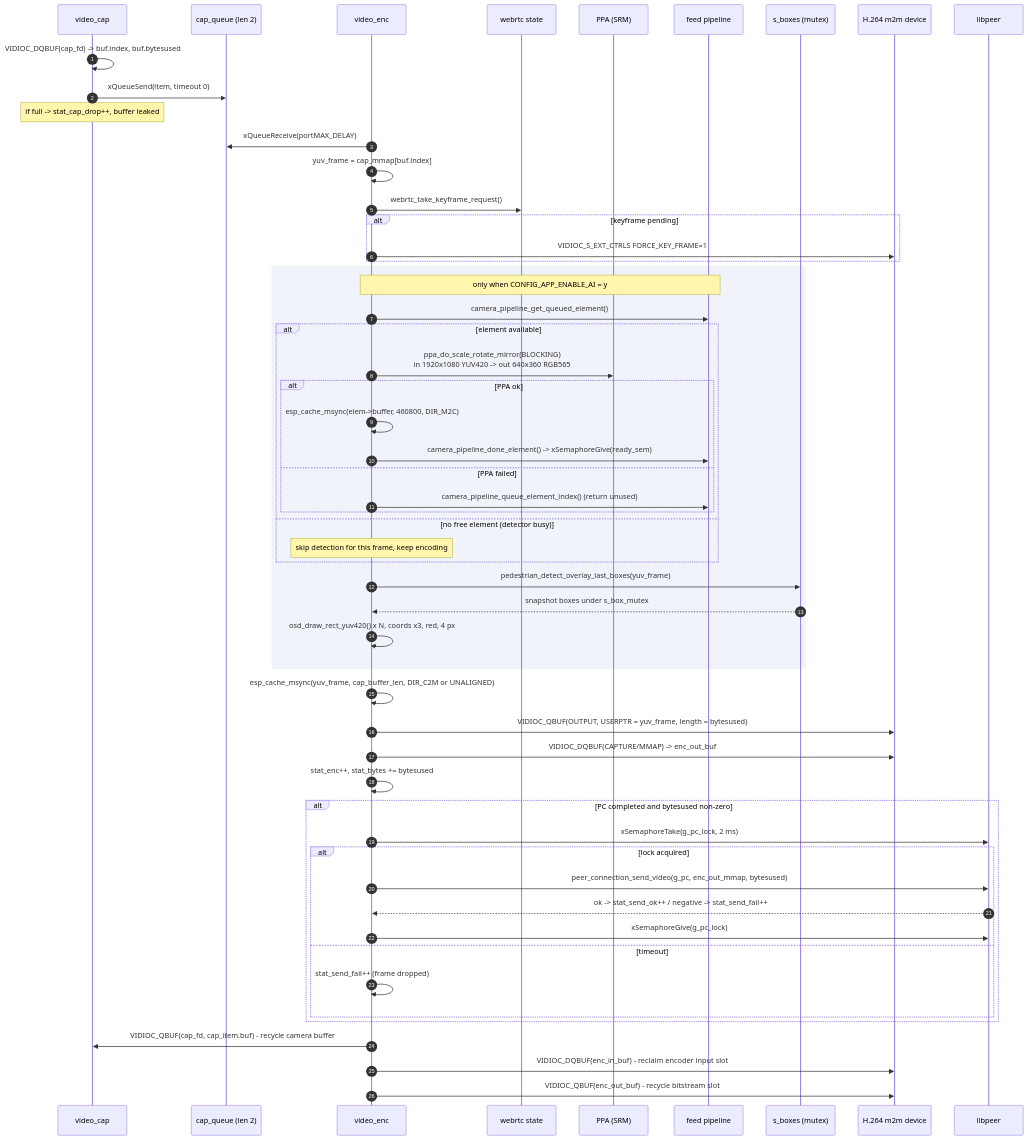
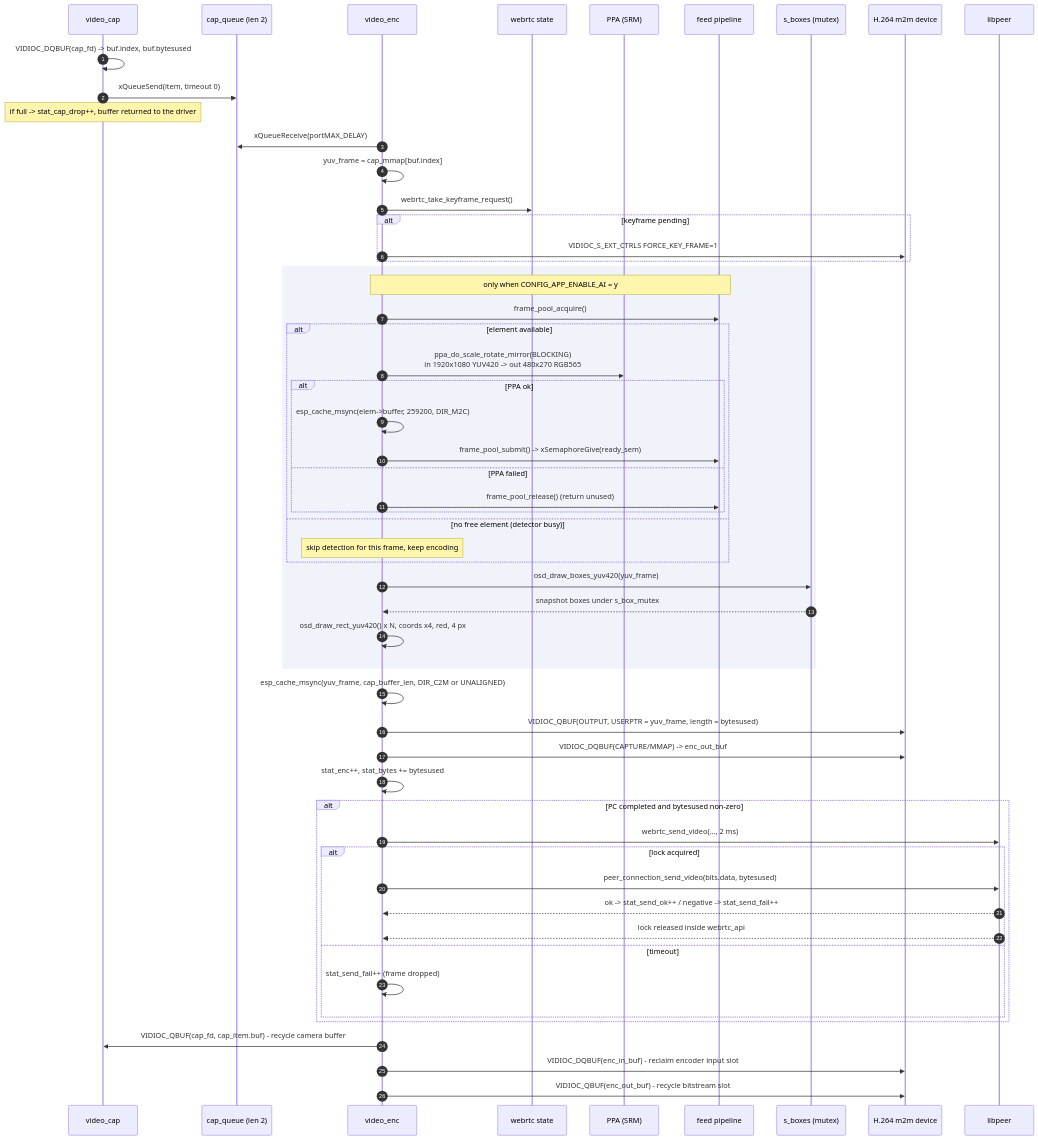
The second of 7 diagrams in DATAFLOW.md (thanhbinh89/esp32-ipc), drawn with Mermaid before and after one commit. The commit also changed other lines of this file and 45 other files, not shown here.

````diff
--- a/DATAFLOW.md
+++ b/DATAFLOW.md
@@ -71,66 +71,66 @@
 ```mermaid
 sequenceDiagram
     autonumber
     participant CAP as video_cap
     participant Q as cap_queue (len 2)
     participant ENC as video_enc
     participant WT as webrtc state
     participant PPA as PPA (SRM)
     participant FP as feed pipeline
     participant BSTORE as s_boxes (mutex)
     participant HW as H.264 m2m device
     participant LP as libpeer
 
     CAP->>CAP: VIDIOC_DQBUF(cap_fd) -> buf.index, buf.bytesused
     CAP->>Q: xQueueSend(item, timeout 0)
-    Note over CAP: if full -> stat_cap_drop++, buffer leaked
+    Note over CAP: if full -> stat_cap_drop++, buffer returned to the driver
 
     ENC->>Q: xQueueReceive(portMAX_DELAY)
     ENC->>ENC: yuv_frame = cap_mmap[buf.index]
 
     ENC->>WT: webrtc_take_keyframe_request()
     alt keyframe pending
         ENC->>HW: VIDIOC_S_EXT_CTRLS FORCE_KEY_FRAME=1
     end
 
     rect rgb(240,244,250)
         Note over ENC,FP: only when CONFIG_APP_ENABLE_AI = y
-        ENC->>FP: camera_pipeline_get_queued_element()
+        ENC->>FP: frame_pool_acquire()
         alt element available
-            ENC->>PPA: ppa_do_scale_rotate_mirror(BLOCKING)<br/>in 1920x1080 YUV420 -> out 640x360 RGB565
+            ENC->>PPA: ppa_do_scale_rotate_mirror(BLOCKING)<br/>in 1920x1080 YUV420 -> out 480x270 RGB565
             alt PPA ok
-                ENC->>ENC: esp_cache_msync(elem->buffer, 460800, DIR_M2C)
-                ENC->>FP: camera_pipeline_done_element() -> xSemaphoreGive(ready_sem)
+                ENC->>ENC: esp_cache_msync(elem->buffer, 259200, DIR_M2C)
+                ENC->>FP: frame_pool_submit() -> xSemaphoreGive(ready_sem)
             else PPA failed
-                ENC->>FP: camera_pipeline_queue_element_index() (return unused)
+                ENC->>FP: frame_pool_release() (return unused)
             end
         else no free element (detector busy)
             Note over ENC: skip detection for this frame, keep encoding
         end
 
-        ENC->>BSTORE: pedestrian_detect_overlay_last_boxes(yuv_frame)
+        ENC->>BSTORE: osd_draw_boxes_yuv420(yuv_frame)
         BSTORE-->>ENC: snapshot boxes under s_box_mutex
-        ENC->>ENC: osd_draw_rect_yuv420() x N, coords x3, red, 4 px
+        ENC->>ENC: osd_draw_rect_yuv420() x N, coords x4, red, 4 px
     end
 
     ENC->>ENC: esp_cache_msync(yuv_frame, cap_buffer_len, DIR_C2M or UNALIGNED)
 
     ENC->>HW: VIDIOC_QBUF(OUTPUT, USERPTR = yuv_frame, length = bytesused)
     ENC->>HW: VIDIOC_DQBUF(CAPTURE/MMAP) -> enc_out_buf
     ENC->>ENC: stat_enc++, stat_bytes += bytesused
 
     alt PC completed and bytesused non-zero
-        ENC->>LP: xSemaphoreTake(g_pc_lock, 2 ms)
+        ENC->>LP: webrtc_send_video(..., 2 ms)
         alt lock acquired
-            ENC->>LP: peer_connection_send_video(g_pc, enc_out_mmap, bytesused)
+            ENC->>LP: peer_connection_send_video(bits.data, bytesused)
             LP-->>ENC: ok -> stat_send_ok++ / negative -> stat_send_fail++
-            ENC->>LP: xSemaphoreGive(g_pc_lock)
+            LP-->>ENC: lock released inside webrtc_api
         else timeout
             ENC->>ENC: stat_send_fail++ (frame dropped)
         end
     end
 
     ENC->>CAP: VIDIOC_QBUF(cap_fd, cap_item.buf) - recycle camera buffer
     ENC->>HW: VIDIOC_DQBUF(enc_in_buf) - reclaim encoder input slot
     ENC->>HW: VIDIOC_QBUF(enc_out_buf) - recycle bitstream slot
 ```
````
